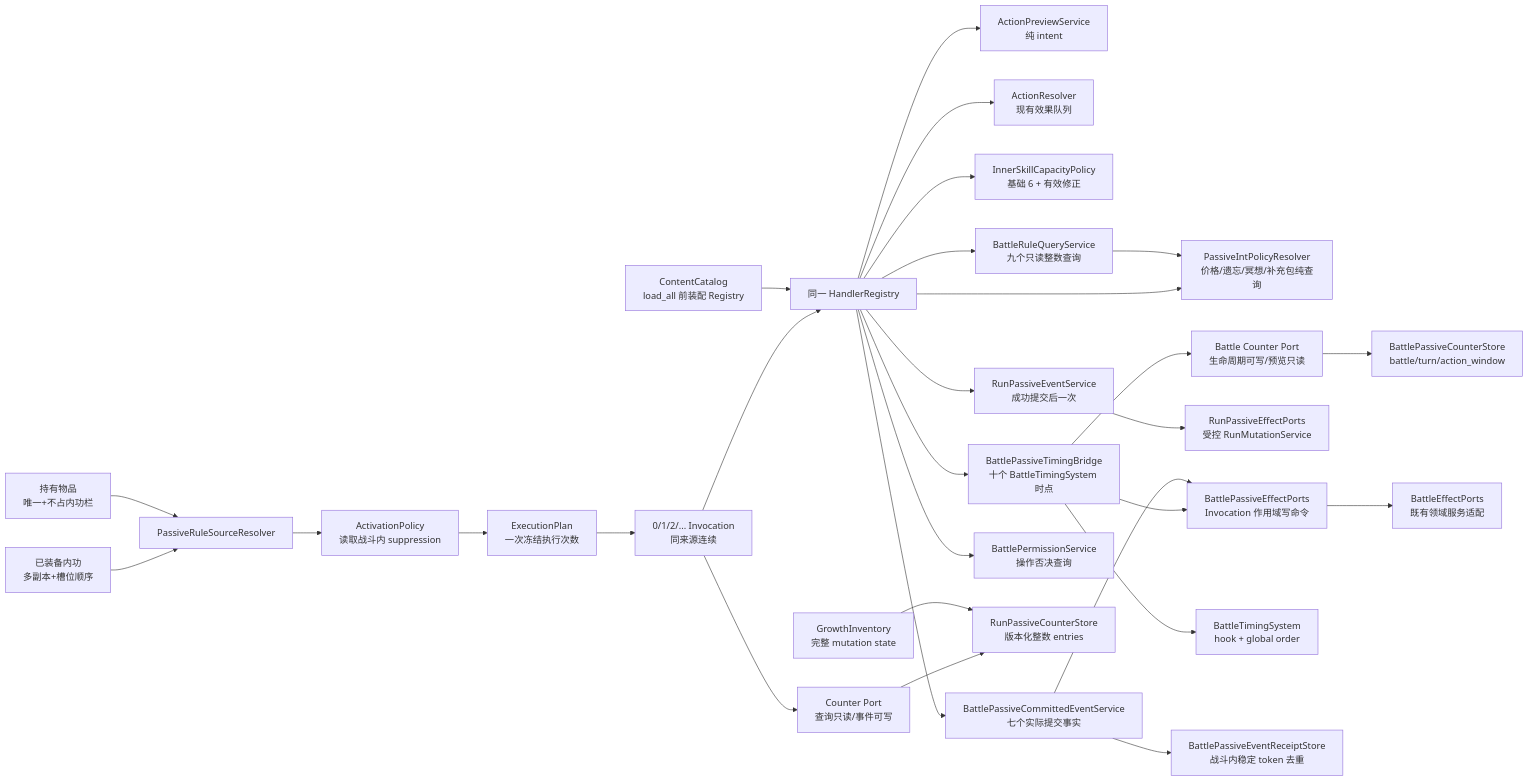
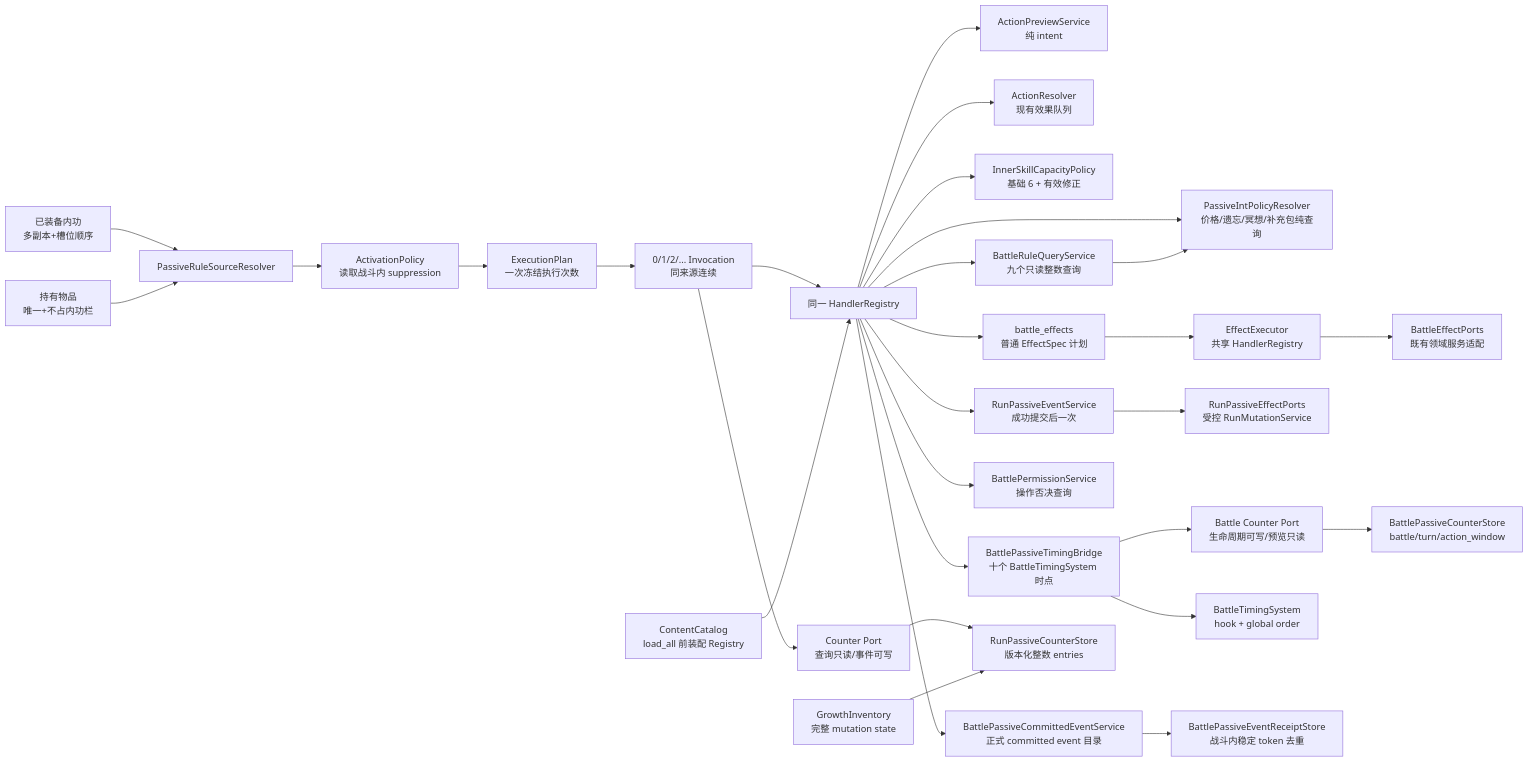
Before and after one commit to duguyumei/games: diagram 15 of 16 in combo_duel_vslice/docs/architecture-diagrams.md, drawn with Mermaid. The commit also changed other lines of this file and 52 other files, not shown here.

````diff
--- a/combo_duel_vslice/docs/architecture-diagrams.md
+++ b/combo_duel_vslice/docs/architecture-diagrams.md
@@ -545,31 +545,31 @@
 ```mermaid
 flowchart LR
     INNER["已装备内功<br/>多副本+槽位顺序"] --> SRC["PassiveRuleSourceResolver"]
     ITEM["持有物品<br/>唯一+不占内功栏"] --> SRC
     SRC --> ACT["ActivationPolicy<br/>读取战斗内 suppression"]
     ACT --> PLAN["ExecutionPlan<br/>一次冻结执行次数"]
     PLAN --> INV["0/1/2/... Invocation<br/>同来源连续"]
     INV --> REG["同一 HandlerRegistry"]
     REG --> PREVIEW["ActionPreviewService<br/>纯 intent"]
     REG --> RESOLVE["ActionResolver<br/>现有效果队列"]
     REG --> CAP["InnerSkillCapacityPolicy<br/>基础 6 + 有效修正"]
     REG --> INT["PassiveIntPolicyResolver<br/>价格/遗忘/冥想/补充包纯查询"]
     REG --> EVENT["RunPassiveEventService<br/>成功提交后一次"]
     REG --> BRIDGE["BattlePassiveTimingBridge<br/>十个 BattleTimingSystem 时点"]
-    REG --> BEVENT["BattlePassiveCommittedEventService<br/>七个实际提交事实"]
+    REG --> BEVENT["BattlePassiveCommittedEventService<br/>正式 committed event 目录"]
     REG --> BQUERY["BattleRuleQueryService<br/>九个只读整数查询"]
     REG --> BPERM["BattlePermissionService<br/>操作否决查询"]
-    BRIDGE --> BPWRITE["BattlePassiveEffectPorts<br/>Invocation 作用域写命令"]
-    BEVENT --> BPWRITE
-    BPWRITE --> EPORT["BattleEffectPorts<br/>既有领域服务适配"]
+    REG --> BFX["battle_effects<br/>普通 EffectSpec 计划"]
+    BFX --> EXEC["EffectExecutor<br/>共享 HandlerRegistry"]
+    EXEC --> EPORT["BattleEffectPorts<br/>既有领域服务适配"]
     EVENT --> PORTS["RunPassiveEffectPorts<br/>受控 RunMutationService"]
     INV --> CPORT["Counter Port<br/>查询只读/事件可写"]
     CPORT --> CSTORE["RunPassiveCounterStore<br/>版本化整数 entries"]
     BRIDGE --> BPORT["Battle Counter Port<br/>生命周期可写/预览只读"]
     BPORT --> BSTORE["BattlePassiveCounterStore<br/>battle/turn/action_window"]
     BRIDGE --> TIMING["BattleTimingSystem<br/>hook + global order"]
     BEVENT --> RECEIPT["BattlePassiveEventReceiptStore<br/>战斗内稳定 token 去重"]
     BQUERY --> INT
     GROWTH["GrowthInventory<br/>完整 mutation state"] --> CSTORE
     CAT["ContentCatalog<br/>load_all 前装配 Registry"] --> REG
 ```
````
